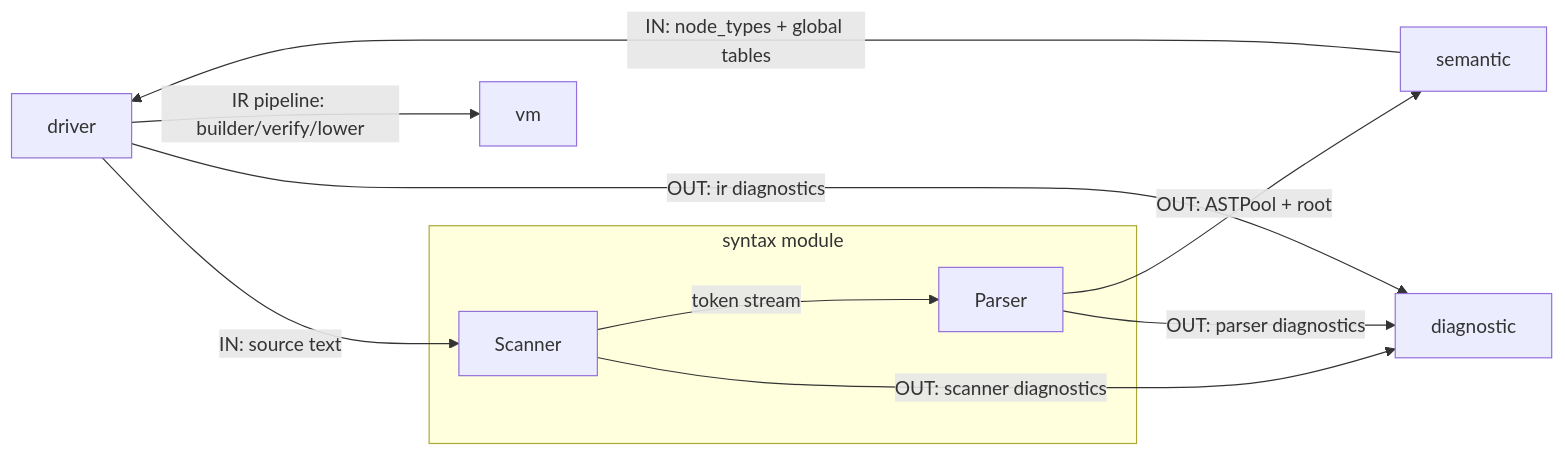
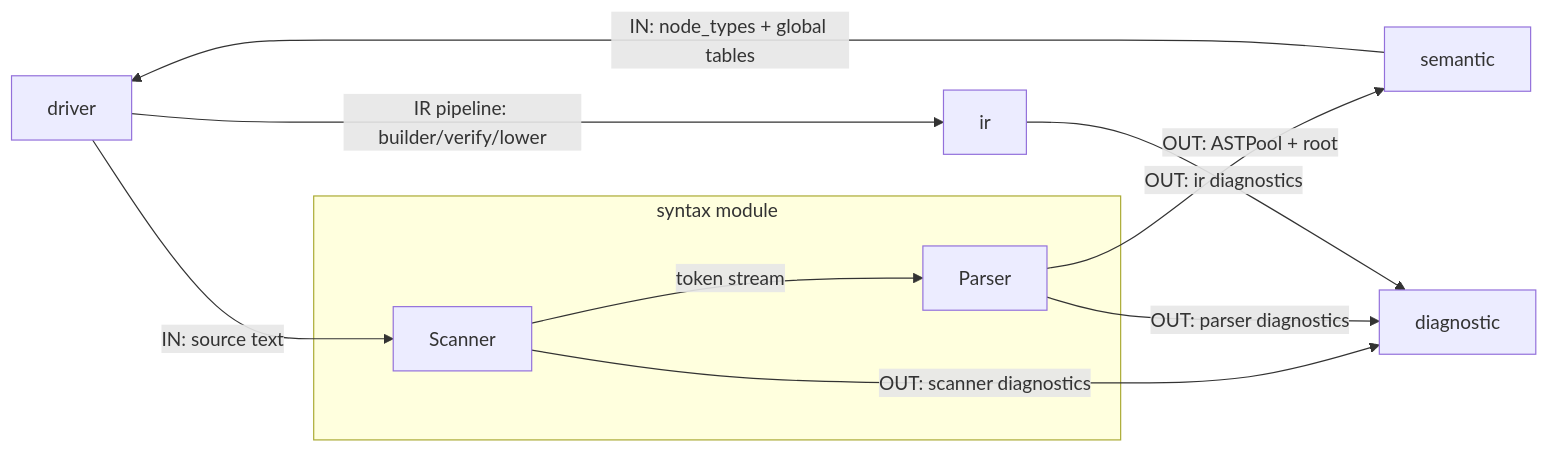
One commit to nikiplus/niki changed the diagram in include/niki/l0_core/syntax/readme.md. Above: the diagram before and after it, drawn with Mermaid. The commit also changed other lines of this file and 67 other files, not shown here.

````diff
--- a/include/niki/l0_core/syntax/readme.md
+++ b/include/niki/l0_core/syntax/readme.md
@@ -15,22 +15,22 @@
 ```mermaid
 graph LR
     MOD_DRIVER[driver]
     MOD_SEMANTIC[semantic]
-    MOD_VM[vm]
+    MOD_IR[ir]
     MOD_DIAG[diagnostic]
 
     subgraph SXM[syntax module]
         STAGE_SCAN[Scanner]
         STAGE_PARSE[Parser]
         STAGE_SCAN -->|token stream| STAGE_PARSE
     end
 
     MOD_DRIVER -->|IN: source text| STAGE_SCAN
     STAGE_PARSE -->|OUT: ASTPool + root| MOD_SEMANTIC
     MOD_SEMANTIC -->|IN: node_types + global tables| MOD_DRIVER
-    MOD_DRIVER -->|IR pipeline: builder/verify/lower| MOD_VM
+    MOD_DRIVER -->|IR pipeline: builder/verify/lower| MOD_IR
 
     STAGE_SCAN -->|OUT: scanner diagnostics| MOD_DIAG
     STAGE_PARSE -->|OUT: parser diagnostics| MOD_DIAG
-    MOD_DRIVER -->|OUT: ir diagnostics| MOD_DIAG
+    MOD_IR -->|OUT: ir diagnostics| MOD_DIAG
 ```
````
